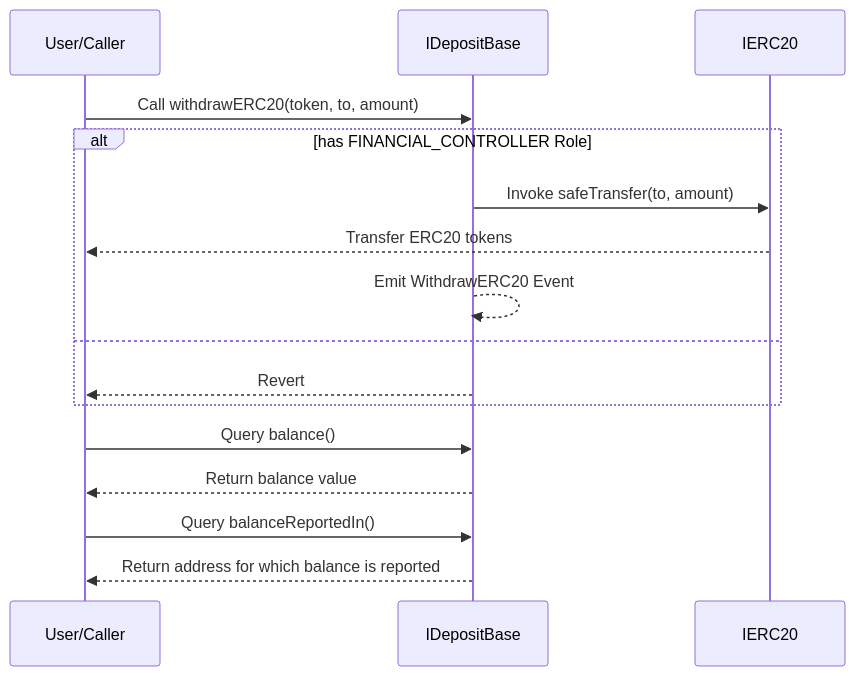
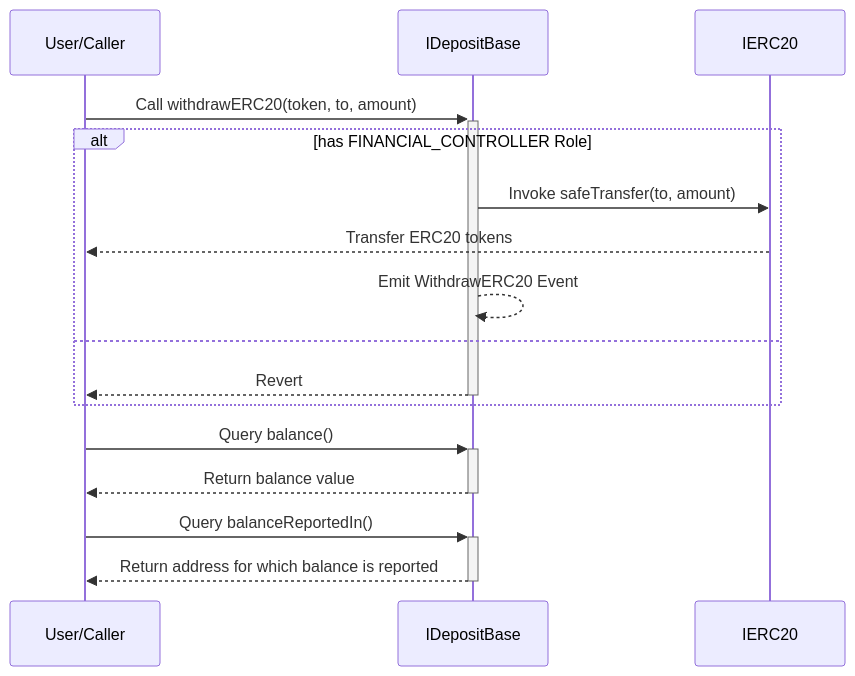
Before and after one commit to ZTX-Foundation/tuxedo: the second of 2 diagrams in doc/contracts/finance/DepositBase.md, drawn with Mermaid. The commit also changed 12 other files, not shown here.

Commit message:
feat: updated sequence diagrams

````diff
--- a/doc/contracts/finance/DepositBase.md
+++ b/doc/contracts/finance/DepositBase.md
@@ -21,21 +21,21 @@
 ```mermaid
 sequenceDiagram
     participant User as User/Caller
     participant IDepositBase
     participant IERC20
 
-    User->>IDepositBase: Call withdrawERC20(token, to, amount)
+    User->>+IDepositBase: Call withdrawERC20(token, to, amount)
     alt has FINANCIAL_CONTROLLER Role
         IDepositBase->>IERC20: Invoke safeTransfer(to, amount)
         IERC20-->>User: Transfer ERC20 tokens
         IDepositBase-->>IDepositBase: Emit WithdrawERC20 Event
     else
-        IDepositBase-->>User: Revert
+        IDepositBase-->>-User: Revert
     end
 
-    User->>IDepositBase: Query balance()
-    IDepositBase-->>User: Return balance value
+    User->>+IDepositBase: Query balance()
+    IDepositBase-->>-User: Return balance value
 
-    User->>IDepositBase: Query balanceReportedIn()
-    IDepositBase-->>User: Return address for which balance is reported
+    User->>+IDepositBase: Query balanceReportedIn()
+    IDepositBase-->>-User: Return address for which balance is reported
 ```
````
